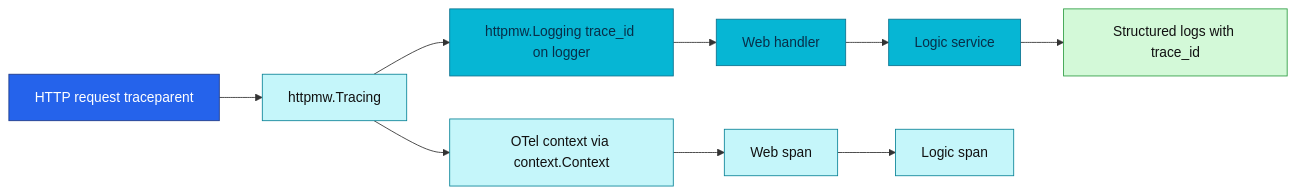
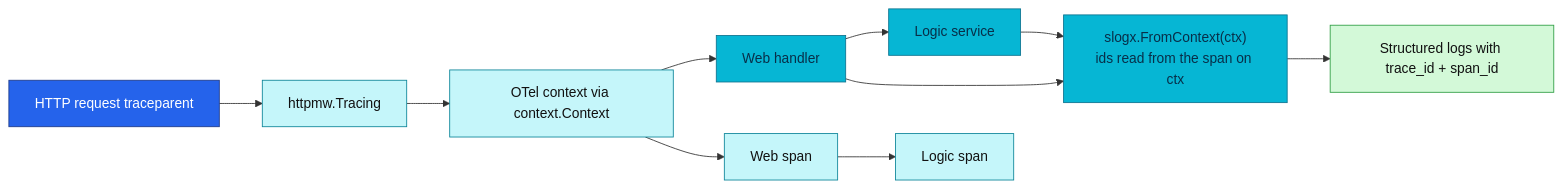
The third of 3 diagrams in docs/api/observability.md (duynhlab/homelab), drawn with Mermaid before and after one commit. The commit also changed other lines of this file and 10 other files, not shown here.

````diff
--- a/docs/api/observability.md
+++ b/docs/api/observability.md
@@ -463,19 +490,20 @@
 ```mermaid
 graph LR
     A["HTTP request traceparent"] --> B["httpmw.Tracing"]
-    B --> C["httpmw.Logging trace_id on logger"]
-    C --> D["Web handler"]
+    B --> G["OTel context via context.Context"]
+    G --> D["Web handler"]
     D --> E["Logic service"]
-    E --> F["Structured logs with trace_id"]
-    B --> G["OTel context via context.Context"]
     G --> H["Web span"]
     H --> I["Logic span"]
+    D --> C["slogx.FromContext(ctx)<br/>ids read from the span on ctx"]
+    E --> C
+    C --> F["Structured logs with trace_id + span_id"]
     classDef edge fill:#2563eb,color:#fff,stroke:#1e3a8a;
     classDef service fill:#06b6d4,color:#082f49,stroke:#0e7490;
     classDef log fill:#d3f9d8,color:#111,stroke:#2f9e44;
     classDef trace fill:#c5f6fa,color:#111,stroke:#0c8599;
     class A edge;
     class C,D,E service;
     class F log;
     class B,G,H,I trace;
 ```
````
